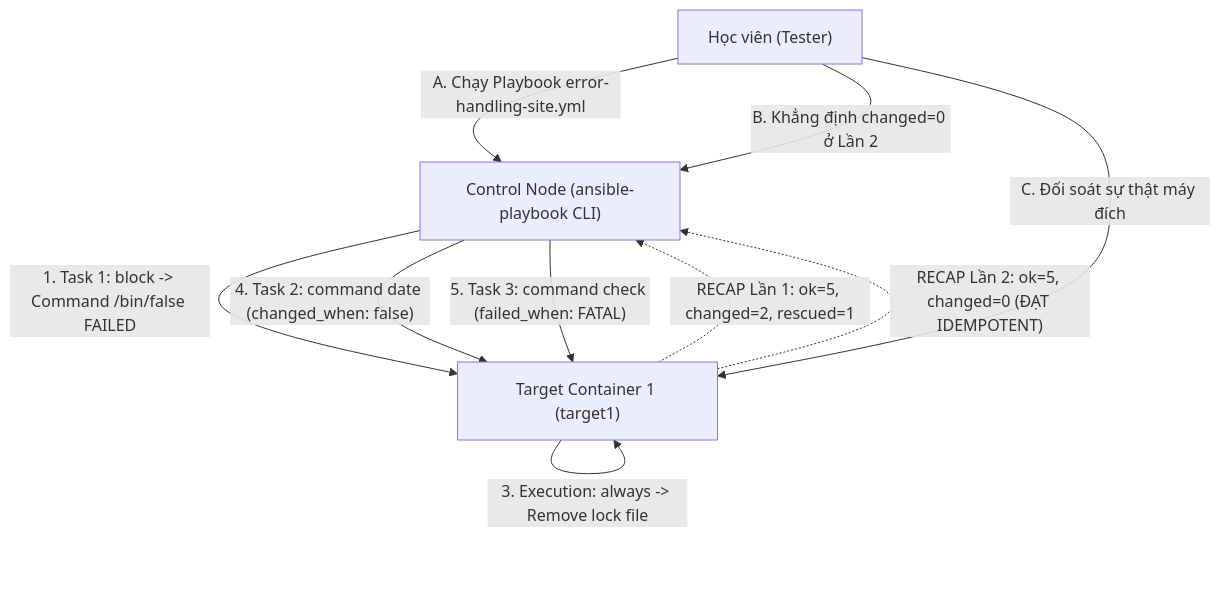
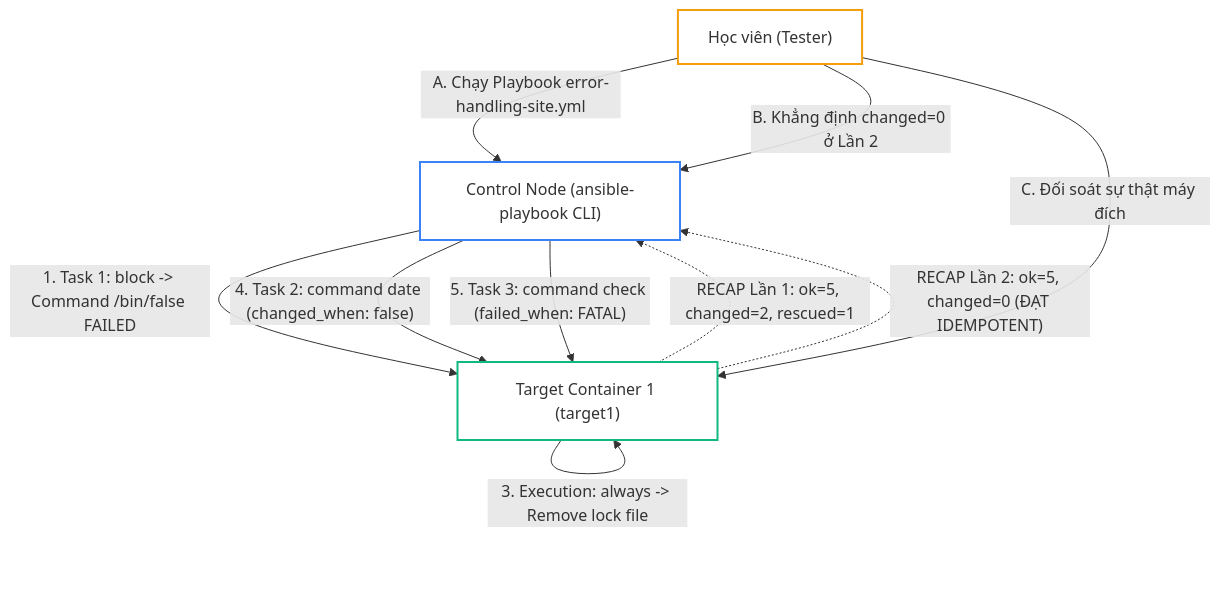
The third of 3 diagrams in _posts/2026-09-13-ansible-13-13-blocks-error-handling.md (kiennt308/ntk), drawn with Mermaid before and after one commit. The commit also changed other lines of this file and 30 other files, not shown here.

````diff
--- a/_posts/2026-09-13-ansible-13-13-blocks-error-handling.md
+++ b/_posts/2026-09-13-ansible-13-13-blocks-error-handling.md
@@ -457,16 +478,20 @@
 ```mermaid
 graph TD
     SubGraph1["Control Node (ansible-playbook CLI)"] -->|"1. Task 1: block -> Command /bin/false FAILED"| T1["Target Container 1 (target1)"]
     T1 -->|"2. Execution: rescue -> Copy fallback config"| T1
     T1 -->|"3. Execution: always -> Remove lock file"| T1
     
     SubGraph1 -->|"4. Task 2: command date (changed_when: false)"| T1
     SubGraph1 -->|"5. Task 3: command check (failed_when: FATAL)"| T1
     
-    T1 -. "RECAP Lần 1: ok=5, changed=2, rescued=1" .-> SubGraph1
-    T1 -. "RECAP Lần 2: ok=5, changed=0 (ĐẠT IDEMPOTENT)" .-> SubGraph1
+    T1 -.->|"RECAP Lần 1: ok=5, changed=2, rescued=1"| SubGraph1
+    T1 -.->|"RECAP Lần 2: ok=5, changed=0 (ĐẠT IDEMPOTENT)"| SubGraph1
     
     DEV["Học viên (Tester)"] -->|"A. Chạy Playbook error-handling-site.yml"| SubGraph1
     DEV -->|"B. Khẳng định changed=0 ở Lần 2"| SubGraph1
     DEV -->|"C. Đối soát sự thật máy đích"| T1
+
+    style SubGraph1 fill:none,stroke:#3b82f6,stroke-width:2px
+    style T1 fill:none,stroke:#10b981,stroke-width:2px
+    style DEV fill:none,stroke:#f59e0b,stroke-width:2px
 ```
````
